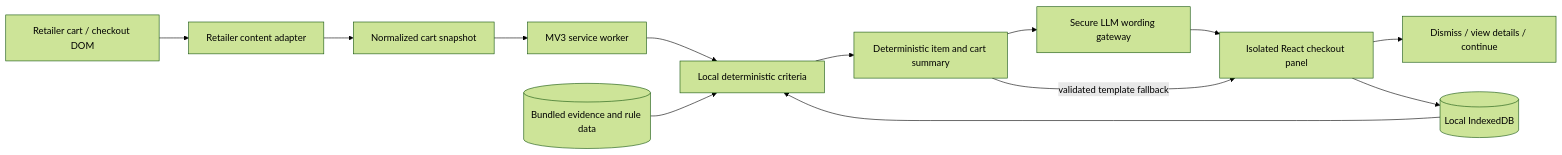
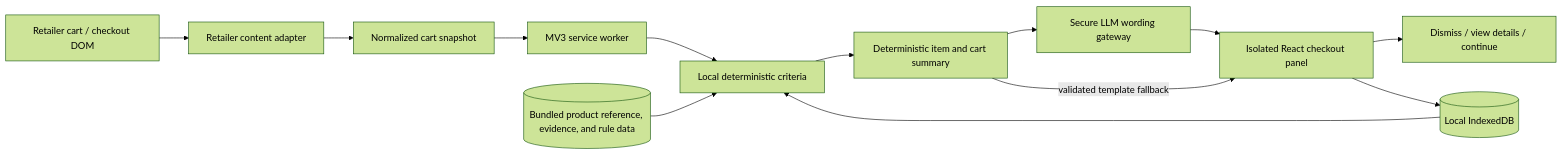
The diagram in docs/TECH_SPEC.md (girwandhakal/WorthIt), drawn with Mermaid (forest theme) before and after one commit. The commit also changed other lines of this file and 2 other files, not shown here.

````diff
--- a/docs/TECH_SPEC.md
+++ b/docs/TECH_SPEC.md
@@ -52,15 +57,15 @@
 ```mermaid
 flowchart LR
   Page[Retailer cart / checkout DOM] --> Adapter[Retailer content adapter]
   Adapter --> Normalize[Normalized cart snapshot]
   Normalize --> Worker[MV3 service worker]
   Worker --> Rules[Local deterministic criteria]
   History[(Local IndexedDB)] --> Rules
-  Catalog[(Bundled evidence and rule data)] --> Rules
+  Catalog[(Bundled product reference, evidence, and rule data)] --> Rules
   Rules --> Aggregate[Deterministic item and cart summary]
   Aggregate --> Gateway[Secure LLM wording gateway]
   Gateway --> View[Isolated React checkout panel]
   Aggregate -->|validated template fallback| View
   View --> Choice[Dismiss / view details / continue]
   View --> History
 ```
````
